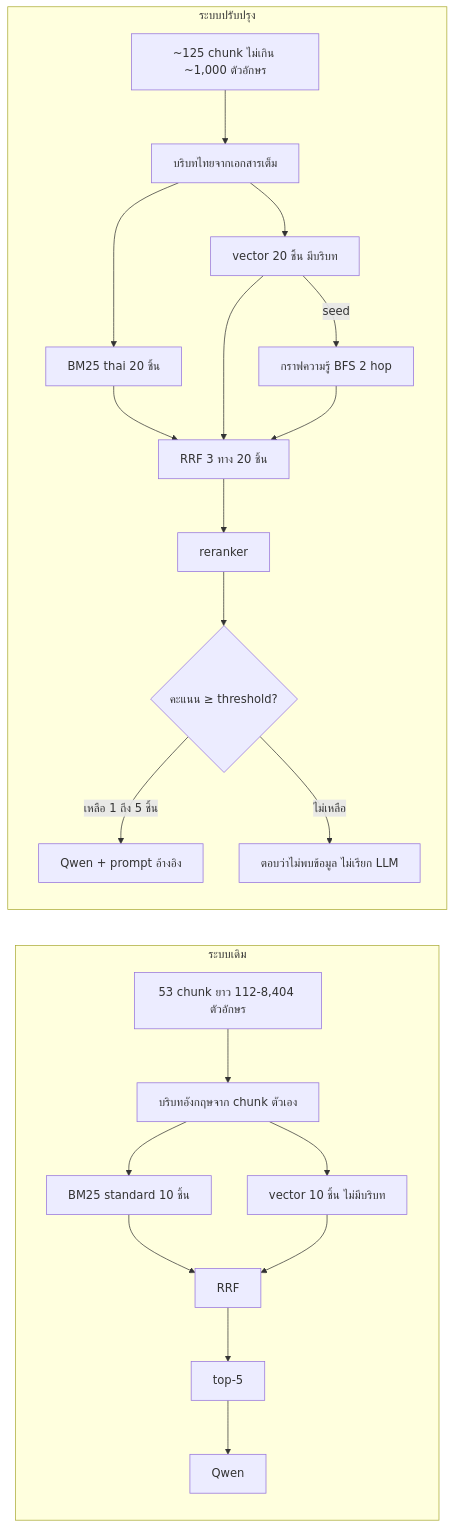
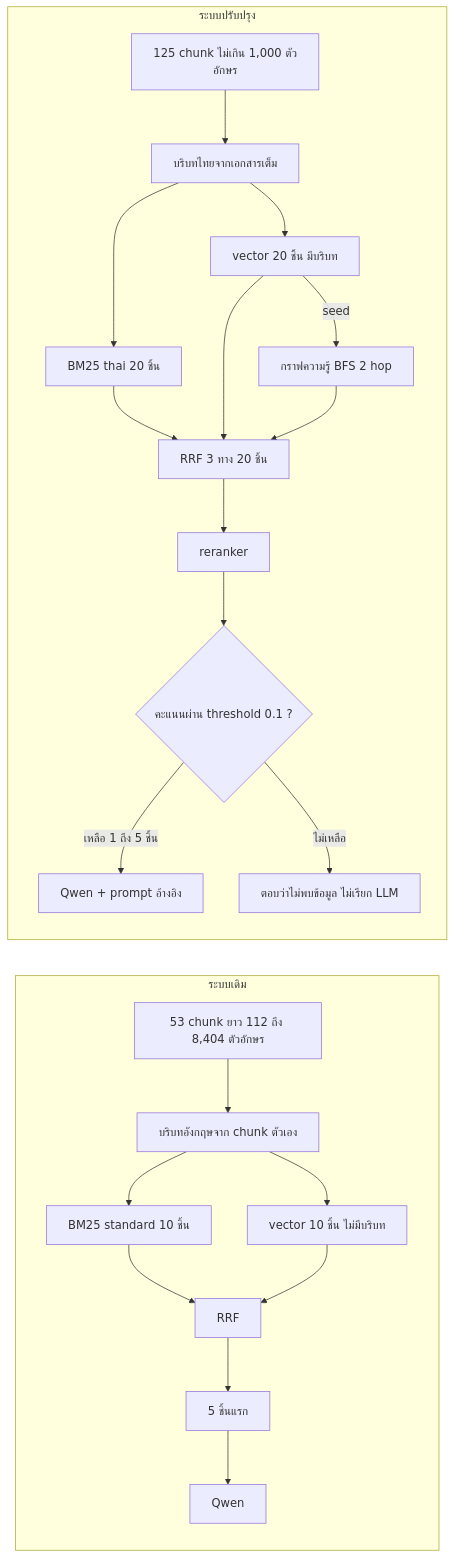
One commit to natthananmooo/kdai-nlp-rag-assignment-68056035 changed the first of 2 diagrams in README.md. Above: the diagram before and after it, drawn with Mermaid. The commit also changed other lines of this file and 4 other files, not shown here.

````diff
--- a/README.md
+++ b/README.md
@@ -69,21 +121,23 @@
 ```mermaid
 flowchart LR
-  subgraph O[ระบบเดิม]
-    o1[53 chunk ยาว 112-8,404 ตัวอักษร] --> o2[บริบทอังกฤษจาก chunk ตัวเอง]
-    o2 --> o3[BM25 standard 10 ชิ้น]
-    o2 --> o4[vector 10 ชิ้น ไม่มีบริบท]
-    o3 --> o5[RRF] --> o6[top-5] --> o7[Qwen]
+  subgraph OLD["ระบบเดิม"]
+    o1["53 chunk ยาว 112 ถึง 8,404 ตัวอักษร"] --> o2["บริบทอังกฤษจาก chunk ตัวเอง"]
+    o2 --> o3["BM25 standard 10 ชิ้น"]
+    o2 --> o4["vector 10 ชิ้น ไม่มีบริบท"]
+    o3 --> o5["RRF"]
     o4 --> o5
+    o5 --> o6["5 ชิ้นแรก"] --> o7["Qwen"]
   end
-  subgraph N[ระบบปรับปรุง]
-    n1[~125 chunk ไม่เกิน ~1,000 ตัวอักษร] --> n2[บริบทไทยจากเอกสารเต็ม]
-    n2 --> n3[BM25 thai 20 ชิ้น]
-    n2 --> n4[vector 20 ชิ้น มีบริบท]
-    n4 -->|seed| g1[กราฟความรู้ BFS 2 hop]
-    n3 --> n5[RRF 3 ทาง 20 ชิ้น] --> n6[reranker] --> n9{คะแนน ≥ threshold?}
-    n9 -->|เหลือ 1 ถึง 5 ชิ้น| n8[Qwen + prompt อ้างอิง]
-    n9 -->|ไม่เหลือ| n10[ตอบว่าไม่พบข้อมูล ไม่เรียก LLM]
+  subgraph NEW["ระบบปรับปรุง"]
+    n1["125 chunk ไม่เกิน 1,000 ตัวอักษร"] --> n2["บริบทไทยจากเอกสารเต็ม"]
+    n2 --> n3["BM25 thai 20 ชิ้น"]
+    n2 --> n4["vector 20 ชิ้น มีบริบท"]
+    n4 -- "seed" --> g1["กราฟความรู้ BFS 2 hop"]
+    n3 --> n5["RRF 3 ทาง 20 ชิ้น"]
     n4 --> n5
     g1 --> n5
+    n5 --> n6["reranker"] --> n9{"คะแนนผ่าน threshold 0.1 ?"}
+    n9 -- "เหลือ 1 ถึง 5 ชิ้น" --> n8["Qwen + prompt อ้างอิง"]
+    n9 -- "ไม่เหลือ" --> n10["ตอบว่าไม่พบข้อมูล ไม่เรียก LLM"]
   end
 ```
````
